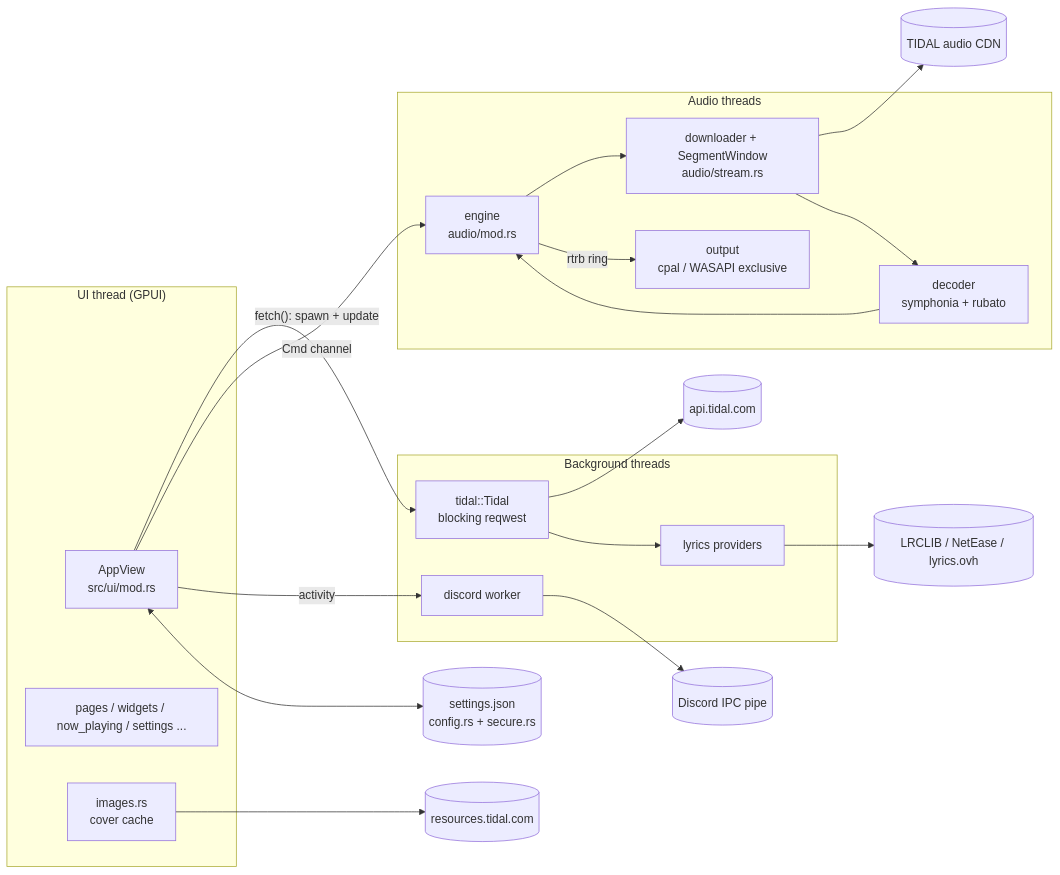
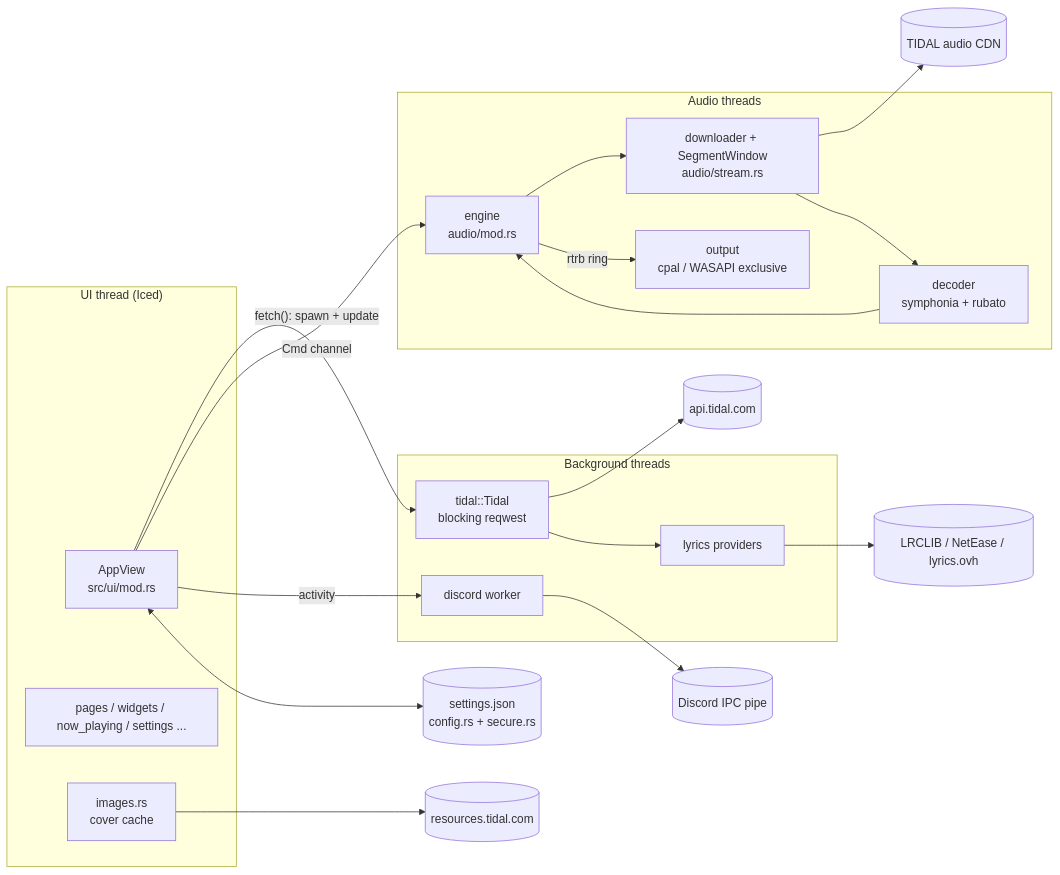
Before and after one commit to RaunaCO/Abyss: the first of 2 diagrams in docs/ARCHITECTURE.md, drawn with Mermaid. The commit also changed other lines of this file and 142 other files, not shown here.

First line of the commit message:
1.7.0: Iced is the only interface; GPUI retired (#24)

````diff
--- a/docs/ARCHITECTURE.md
+++ b/docs/ARCHITECTURE.md
@@ -7,28 +7,28 @@
 ```mermaid
 flowchart LR
-    subgraph UI["UI thread (GPUI)"]
+    subgraph UI["UI thread (Iced)"]
         AV[AppView<br/>src/ui/mod.rs]
         Pages[pages / widgets / now_playing / settings ...]
         IMG[images.rs<br/>cover cache]
     end
     subgraph BG["Background threads"]
         T[tidal::Tidal<br/>blocking reqwest]
         L[lyrics providers]
         D[discord worker]
     end
     subgraph AUD["Audio threads"]
         E[engine<br/>audio/mod.rs]
         S[downloader + SegmentWindow<br/>audio/stream.rs]
         DEC[decoder<br/>symphonia + rubato]
         O[output<br/>cpal / WASAPI exclusive]
     end
     AV -- "fetch(): spawn + update" --> T
     T --> API[(api.tidal.com)]
     T --> L --> EXT[(LRCLIB / NetEase / lyrics.ovh)]
     AV -- Cmd channel --> E
     E --> S --> CDN[(TIDAL audio CDN)]
     S --> DEC --> E -- rtrb ring --> O
     AV -- activity --> D --> DIS[(Discord IPC pipe)]
     IMG --> RES[(resources.tidal.com)]
     AV <--> CFG[(settings.json<br/>config.rs + secure.rs)]
 ```
````
